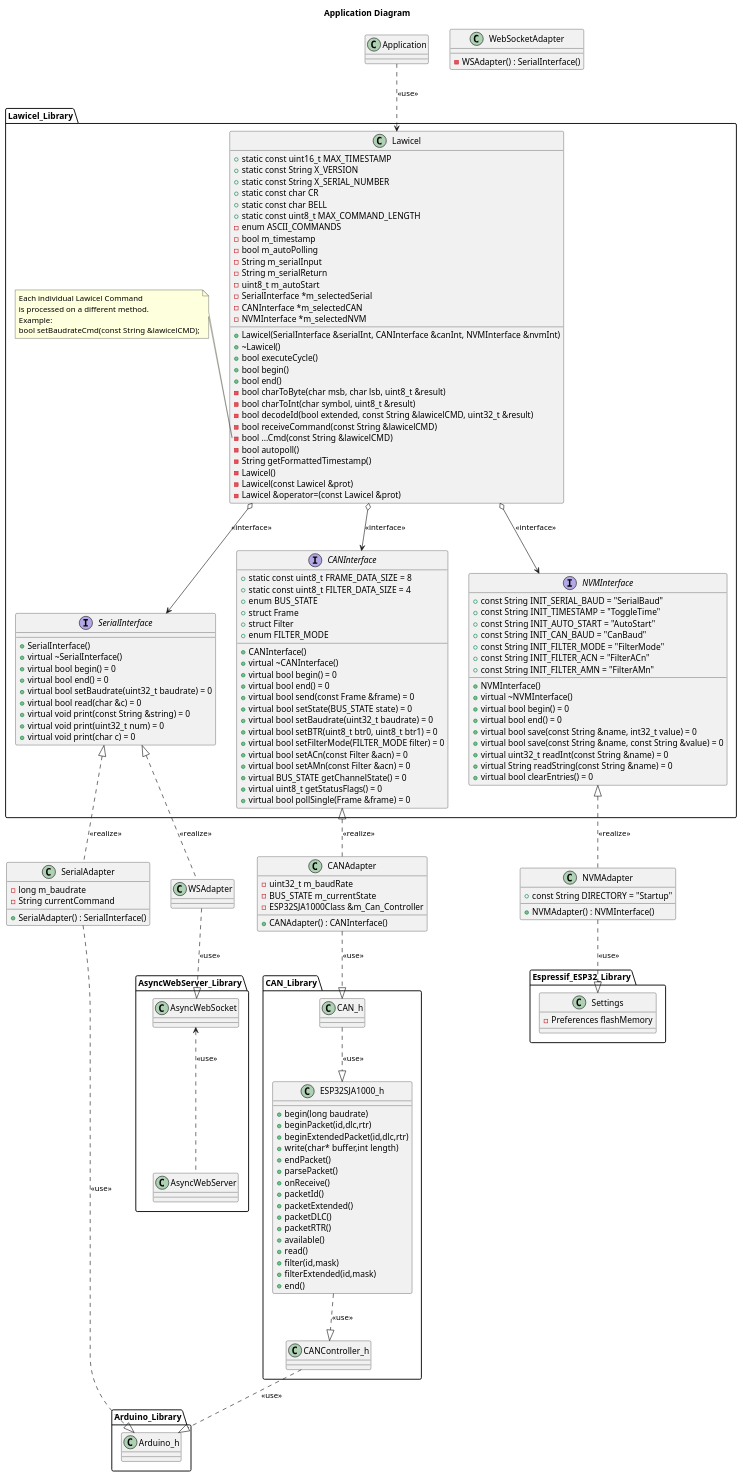
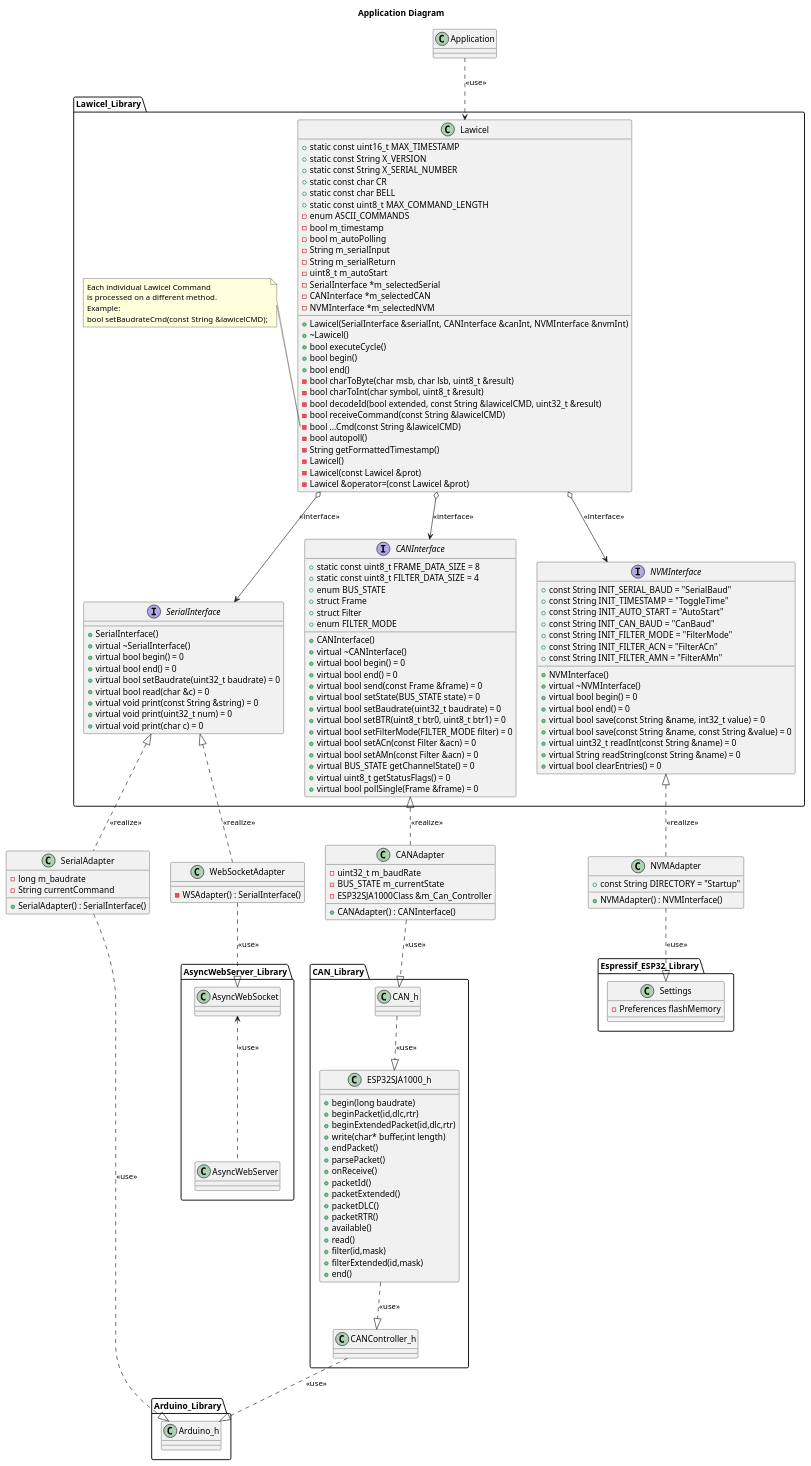
Before and after one commit to NewTec-GmbH/esp32-can-iot: the diagram in Coding/fw/doc/design/Architecture_Lawicel.plantuml, drawn with PlantUML.

Commit message:
Fixed naming in Lawicel UML Diagram

```diff
--- a/Coding/fw/doc/design/Architecture_Lawicel.plantuml
+++ b/Coding/fw/doc/design/Architecture_Lawicel.plantuml
@@ -1,187 +1,187 @@
 @startuml
 
 Title Application Diagram
 
 Class Application
 
 package Lawicel_Library <<Folder>>{
     Class Lawicel{
         +static const uint16_t MAX_TIMESTAMP
         +static const String X_VERSION
         +static const String X_SERIAL_NUMBER
         +static const char CR
         +static const char BELL
         +static const uint8_t MAX_COMMAND_LENGTH
         +Lawicel(SerialInterface &serialInt, CANInterface &canInt, NVMInterface &nvmInt)
         +~Lawicel()
         +bool executeCycle()
         +bool begin()
         +bool end()
         -enum ASCII_COMMANDS
         -bool charToByte(char msb, char lsb, uint8_t &result)
         -bool charToInt(char symbol, uint8_t &result)
         -bool decodeId(bool extended, const String &lawicelCMD, uint32_t &result)
         -bool receiveCommand(const String &lawicelCMD)
         -bool ...Cmd(const String &lawicelCMD)
         -bool autopoll()
         -String getFormattedTimestamp()
         -bool m_timestamp
         -bool m_autoPolling
         -String m_serialInput
         -String m_serialReturn
         -uint8_t m_autoStart
         -SerialInterface *m_selectedSerial
         -CANInterface *m_selectedCAN
         -NVMInterface *m_selectedNVM
         -Lawicel()
         -Lawicel(const Lawicel &prot)
         -Lawicel &operator=(const Lawicel &prot)
     }
 
     note left  of Lawicel::...Cmd
     Each individual Lawicel Command
     is processed on a different method.
     Example:
     bool setBaudrateCmd(const String &lawicelCMD);
     end note
 
     Application ..> Lawicel : <<use>>
 
     Interface SerialInterface{
         +SerialInterface()
         +virtual ~SerialInterface()
         +virtual bool begin() = 0
         +virtual bool end() = 0
         +virtual bool setBaudrate(uint32_t baudrate) = 0
         +virtual bool read(char &c) = 0
         +virtual void print(const String &string) = 0
         +virtual void print(uint32_t num) = 0
         +virtual void print(char c) = 0
     }
 
     Interface CANInterface {
         +static const uint8_t FRAME_DATA_SIZE = 8
         +static const uint8_t FILTER_DATA_SIZE = 4
         +enum BUS_STATE
         +struct Frame
         +struct Filter
         +enum FILTER_MODE
         +CANInterface()
         +virtual ~CANInterface()
         +virtual bool begin() = 0
         +virtual bool end() = 0
         +virtual bool send(const Frame &frame) = 0
         +virtual bool setState(BUS_STATE state) = 0
         +virtual bool setBaudrate(uint32_t baudrate) = 0
         +virtual bool setBTR(uint8_t btr0, uint8_t btr1) = 0
         +virtual bool setFilterMode(FILTER_MODE filter) = 0
         +virtual bool setACn(const Filter &acn) = 0
         +virtual bool setAMn(const Filter &acn) = 0
         +virtual BUS_STATE getChannelState() = 0
         +virtual uint8_t getStatusFlags() = 0
         +virtual bool pollSingle(Frame &frame) = 0
     }
 
     Interface NVMInterface{
         +const String INIT_SERIAL_BAUD = "SerialBaud"
         +const String INIT_TIMESTAMP = "ToggleTime"
         +const String INIT_AUTO_START = "AutoStart"
         +const String INIT_CAN_BAUD = "CanBaud"
         +const String INIT_FILTER_MODE = "FilterMode"
         +const String INIT_FILTER_ACN = "FilterACn"
         +const String INIT_FILTER_AMN = "FilterAMn"
         +NVMInterface()
         +virtual ~NVMInterface()
         +virtual bool begin() = 0
         +virtual bool end() = 0
         +virtual bool save(const String &name, int32_t value) = 0
         +virtual bool save(const String &name, const String &value) = 0
         +virtual uint32_t readInt(const String &name) = 0
         +virtual String readString(const String &name) = 0
         +virtual bool clearEntries() = 0
     }
 
     Lawicel o--> SerialInterface : <<interface>>
     Lawicel o--> CANInterface : <<interface>>
     Lawicel o--> NVMInterface : <<interface>>
 }
 
 Class SerialAdapter{
     +SerialAdapter() : SerialInterface()
     -long m_baudrate
     -String currentCommand
 }
 
 Class CANAdapter{
     +CANAdapter() : CANInterface()
     -uint32_t m_baudRate
     -BUS_STATE m_currentState
     -ESP32SJA1000Class &m_Can_Controller
 }
 
 Class NVMAdapter{
     +const String DIRECTORY = "Startup"
     +NVMAdapter() : NVMInterface()
 }
 
 Class WebSocketAdapter{
     -WSAdapter() : SerialInterface()
 }
 
 NVMInterface <|.down. NVMAdapter : <<realize>>
 SerialInterface <|.down. SerialAdapter : <<realize>>
 CANInterface <|.down. CANAdapter : <<realize>>
-SerialInterface <|.down. WSAdapter : <<realize>>
+SerialInterface <|.down. WebSocketAdapter : <<realize>>
 
 package Espressif_ESP32_Library{
     Class Settings{
 
         -Preferences flashMemory
     }
 }
 
 NVMAdapter ..|> Settings : <<use>>
 
 package Arduino_Library{
     Class Arduino_h
     Arduino_h  <|.up. SerialAdapter : <<use>>
 }
 
 package CAN_Library <<Folder>>{
     Class CAN_h
     Class ESP32SJA1000_h{
         +begin(long baudrate)
         +beginPacket(id,dlc,rtr)
         +beginExtendedPacket(id,dlc,rtr)
         +write(char* buffer,int length)
         +endPacket()
         +parsePacket()
         +onReceive()
         +packetId()
         +packetExtended()
         +packetDLC()
         +packetRTR()
         +available()
         +read()
         +filter(id,mask)
         +filterExtended(id,mask)
         +end()
     }
     Class CANController_h
     CAN_h  <|.up. CANAdapter: <<use>>
     ESP32SJA1000_h  <|.up. CAN_h: <<use>>
     CANController_h  <|.up. ESP32SJA1000_h: <<use>>
     Arduino_h  <|.up. CANController_h: <<use>>
 }
 
 package AsyncWebServer_Library <<Folder>>{
     class AsyncWebServer
     class AsyncWebSocket
 
     AsyncWebSocket <.. AsyncWebServer : <<use>>
 }
 
-WSAdapter ..|> AsyncWebSocket : <<use>>
+WebSocketAdapter ..|> AsyncWebSocket : <<use>>
 
 
 @enduml
```
